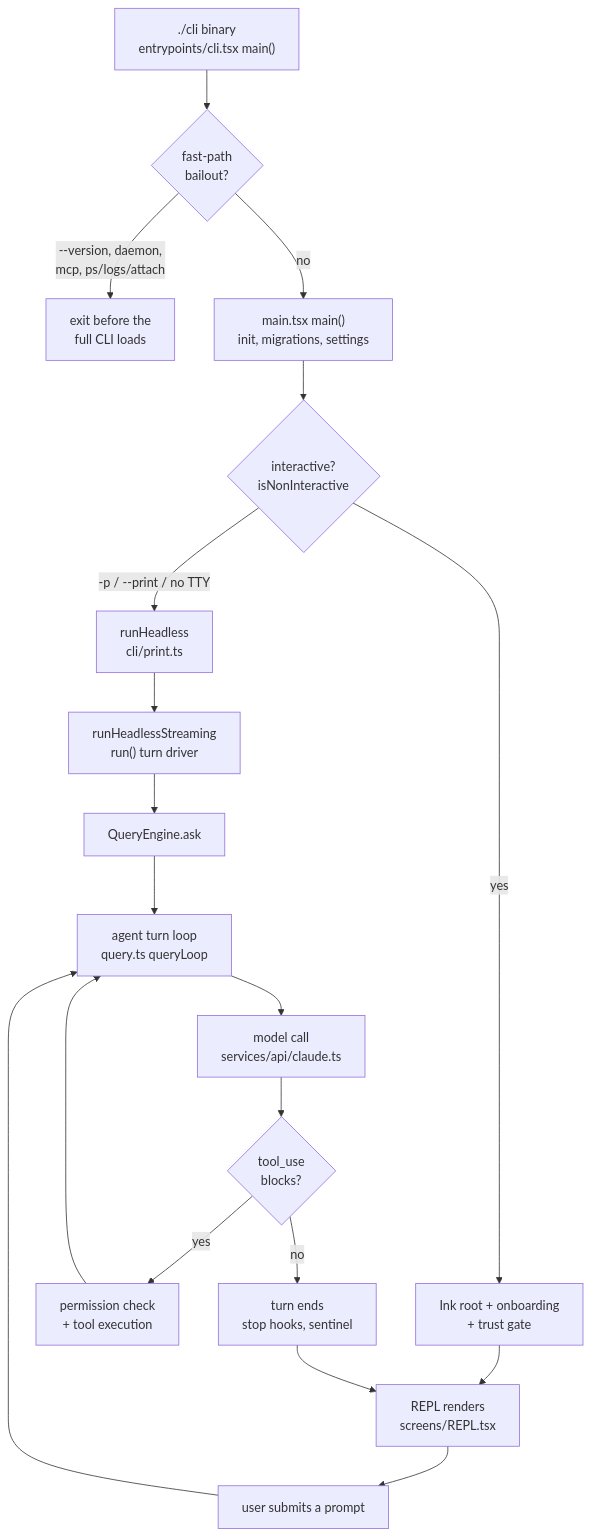
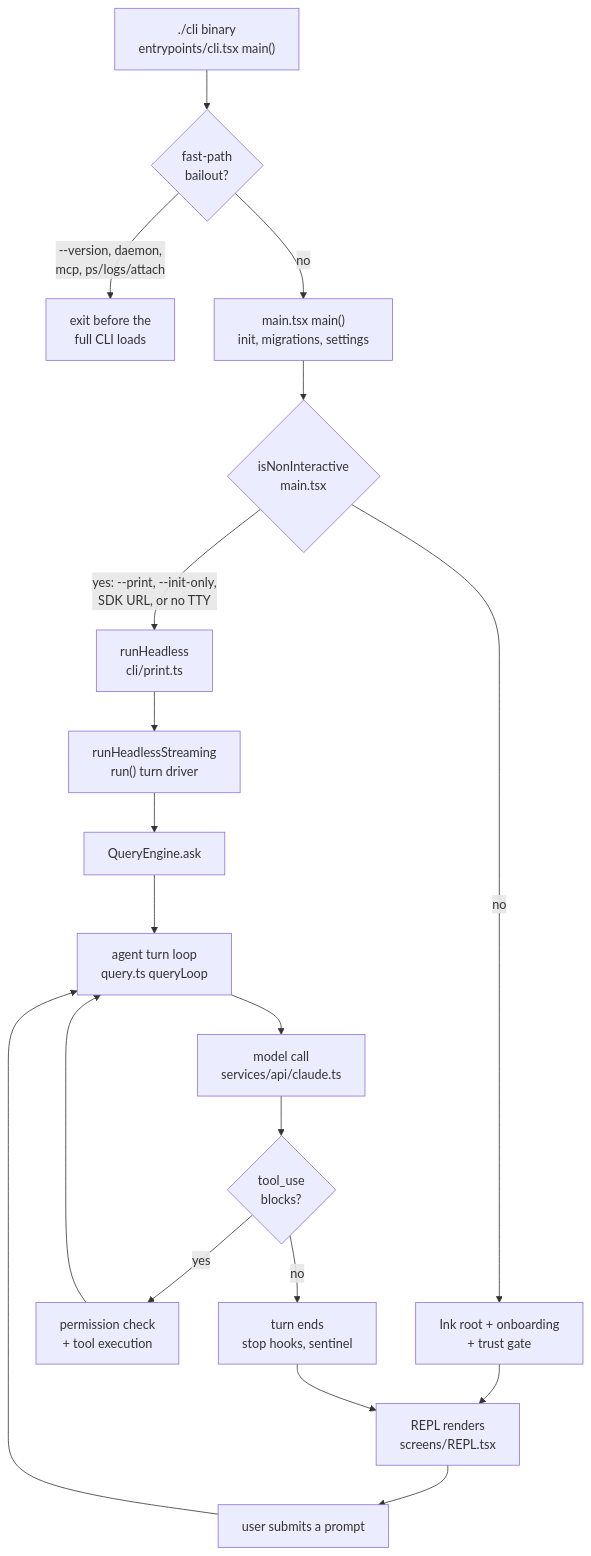
Before and after one commit to cristianizzo/axa-chat: the first of 8 diagrams in docs/ARCHITECTURE.md, drawn with Mermaid. The commit also changed other lines of this file, not shown here.

First line of the commit message:
docs: state the path convention, and drop the diagram's inverted label

````diff
--- a/docs/ARCHITECTURE.md
+++ b/docs/ARCHITECTURE.md
@@ -22,21 +37,21 @@
 ```mermaid
 flowchart TD
     A["./cli binary<br/>entrypoints/cli.tsx main()"] --> B{"fast-path<br/>bailout?"}
     B -->|"--version, daemon,<br/>mcp, ps/logs/attach"| Z["exit before the<br/>full CLI loads"]
     B -->|no| C["main.tsx main()<br/>init, migrations, settings"]
-    C --> D{"interactive?<br/>isNonInteractive"}
-    D -->|"-p / --print / no TTY"| E["runHeadless<br/>cli/print.ts"]
-    D -->|yes| F["Ink root + onboarding<br/>+ trust gate"]
+    C --> D{"isNonInteractive<br/>main.tsx"}
+    D -->|"yes: --print, --init-only,<br/>SDK URL, or no TTY"| E["runHeadless<br/>cli/print.ts"]
+    D -->|no| F["Ink root + onboarding<br/>+ trust gate"]
     F --> G["REPL renders<br/>screens/REPL.tsx"]
     G --> H["user submits a prompt"]
     H --> I["agent turn loop<br/>query.ts queryLoop"]
     I --> J["model call<br/>services/api/claude.ts"]
     J --> K{"tool_use<br/>blocks?"}
     K -->|yes| L["permission check<br/>+ tool execution"]
     L --> I
     K -->|no| M["turn ends<br/>stop hooks, sentinel"]
     M --> G
     E --> E2["runHeadlessStreaming<br/>run() turn driver"]
     E2 --> Q["QueryEngine.ask"]
     Q --> I
 ```
````
